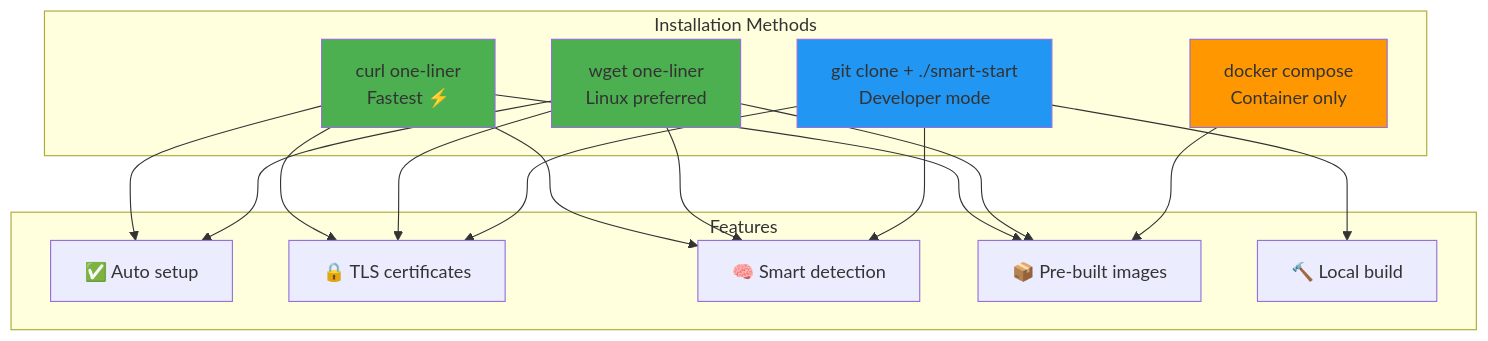
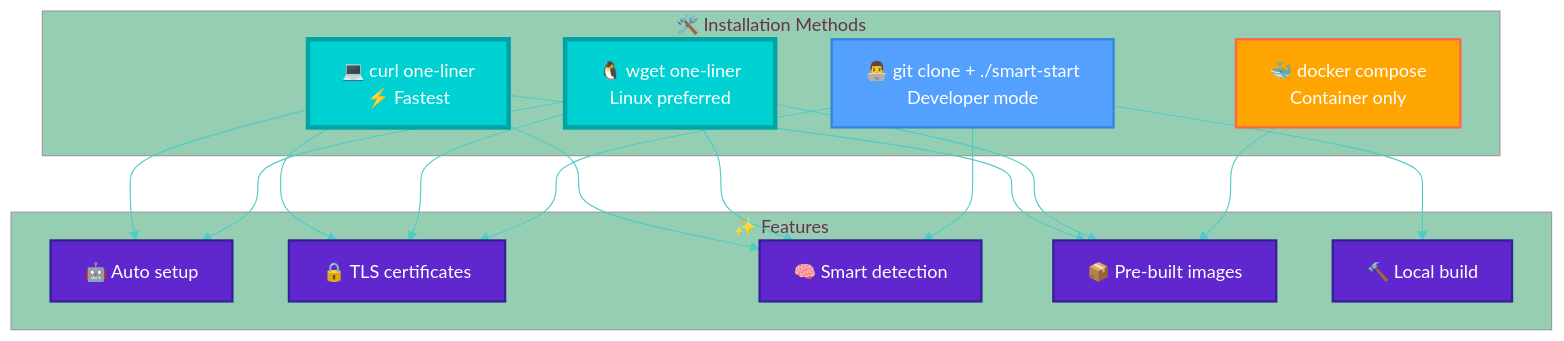
One commit to GraphDone/GraphDone-Core changed the fifth of 6 diagrams in docs/installation-flow.md. Above: the diagram before and after it, drawn with Mermaid. The commit also changed other lines of this file, not shown here.

First line of the commit message:
✨ Transform Mermaid diagrams with modern professional styling

````diff
--- a/docs/installation-flow.md
+++ b/docs/installation-flow.md
@@ -201,38 +284,60 @@
 ```mermaid
+%%{init: {
+  'theme': 'base',
+  'themeVariables': {
+    'primaryColor': '#FF6B6B',
+    'primaryTextColor': '#ffffff',
+    'primaryBorderColor': '#EE5A52',
+    'lineColor': '#4ECDC4',
+    'secondaryColor': '#45B7B8',
+    'tertiaryColor': '#96CEB4',
+    'background': '#2C3E50',
+    'mainBkg': '#FF6B6B',
+    'secondBkg': '#45B7B8',
+    'tertiaryBkg': '#96CEB4'
+  }
+}}%%
+
 graph TD
-    subgraph "Installation Methods"
-        OneLineCurl[curl one-liner<br/>Fastest ⚡]
-        OneLineWget[wget one-liner<br/>Linux preferred]
-        GitClone[git clone + ./smart-start<br/>Developer mode]
-        Docker[docker compose<br/>Container only]
+    subgraph Methods ["🛠️ Installation Methods"]
+        OneLineCurl[💻 curl one-liner<br/>⚡ Fastest]
+        OneLineWget[🐧 wget one-liner<br/>Linux preferred]
+        GitClone[👨‍💻 git clone + ./smart-start<br/>Developer mode]
+        Docker[🐳 docker compose<br/>Container only]
     end
     
-    subgraph "Features"
-        AutoSetup[✅ Auto setup]
+    subgraph Features ["✨ Features"]
+        AutoSetup[🤖 Auto setup]
         TLSCerts[🔒 TLS certificates]
         SmartDetect[🧠 Smart detection]
         Registry[📦 Pre-built images]
         LocalBuild[🔨 Local build]
     end
     
     OneLineCurl --> AutoSetup
     OneLineCurl --> TLSCerts
     OneLineCurl --> SmartDetect
     OneLineCurl --> Registry
     
     OneLineWget --> AutoSetup
     OneLineWget --> TLSCerts
     OneLineWget --> SmartDetect
     OneLineWget --> Registry
     
     GitClone --> SmartDetect
     GitClone --> LocalBuild
     GitClone --> TLSCerts
     
     Docker --> Registry
     
-    style OneLineCurl fill:#4caf50
-    style OneLineWget fill:#4caf50
-    style GitClone fill:#2196f3
-    style Docker fill:#ff9800
+    classDef recommendedStyle fill:#00d2d3,stroke:#01a3a4,stroke-width:4px,color:#ffffff
+    classDef alternativeStyle fill:#ff9ff3,stroke:#f368e0,stroke-width:2px,color:#ffffff
+    classDef devStyle fill:#54a0ff,stroke:#2e86de,stroke-width:2px,color:#ffffff
+    classDef containerStyle fill:#ffa502,stroke:#ff6348,stroke-width:2px,color:#ffffff
+    classDef featureStyle fill:#5f27cd,stroke:#341f97,stroke-width:2px,color:#ffffff
+    
+    class OneLineCurl,OneLineWget recommendedStyle
+    class GitClone devStyle
+    class Docker containerStyle
+    class AutoSetup,TLSCerts,SmartDetect,Registry,LocalBuild featureStyle
 ```
````
